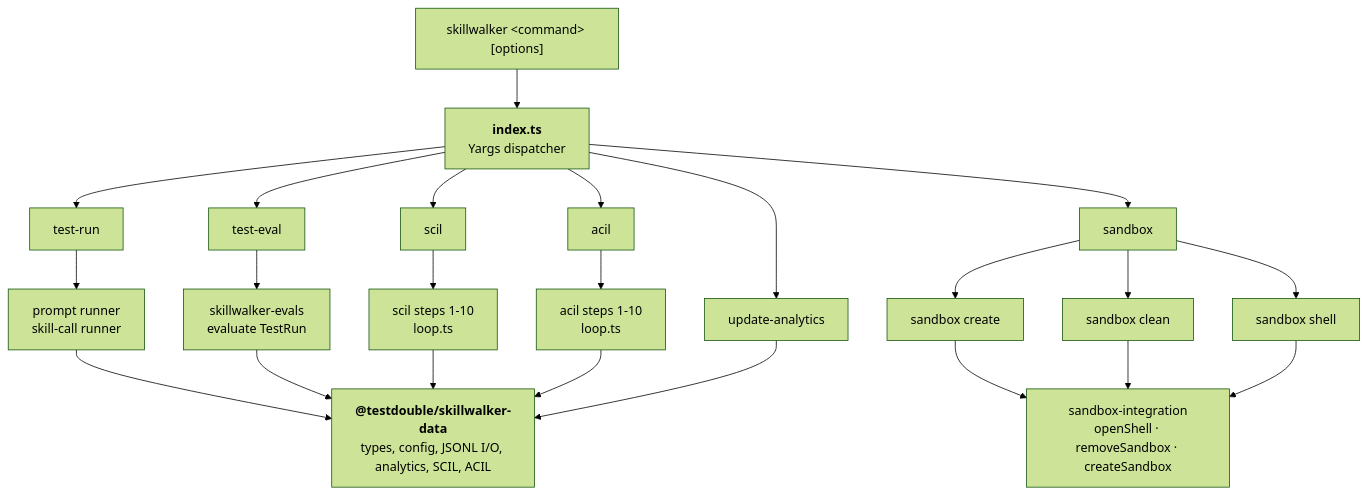
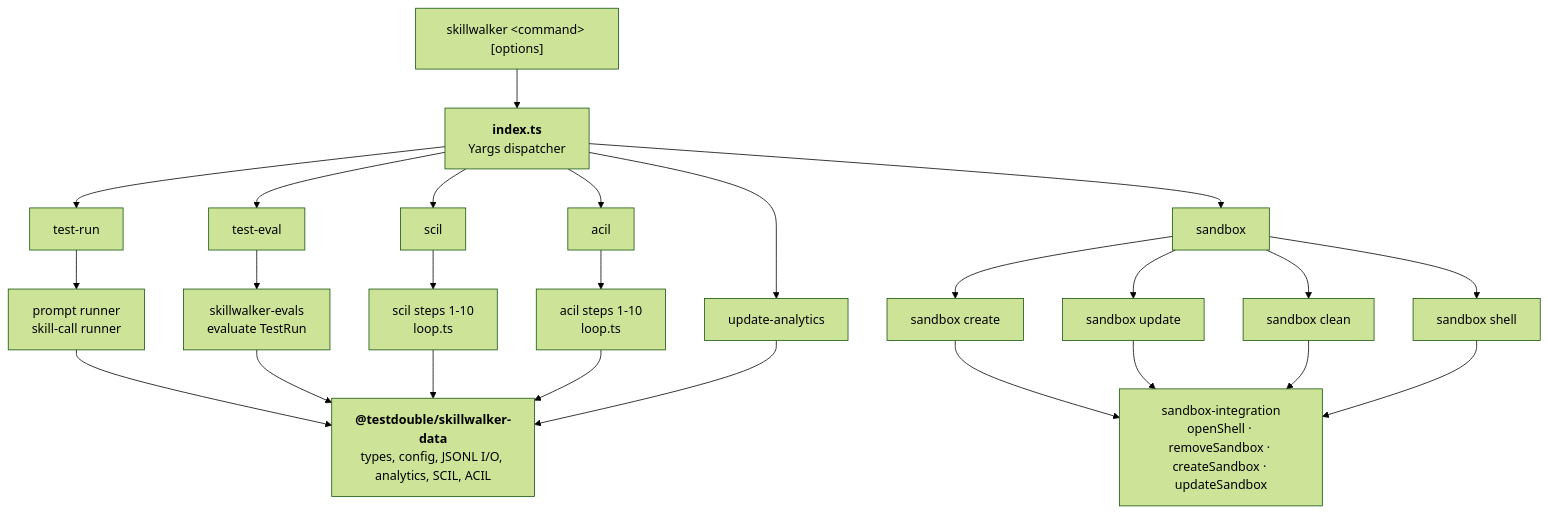
The diagram in docs/cli.md (testdouble/skills-test-harness), drawn with Mermaid (forest theme) before and after one commit. The commit also changed other lines of this file and 4 other files, not shown here.

Commit message:
docs: document sandbox create and sandbox update

````diff
--- a/docs/cli.md
+++ b/docs/cli.md
@@ -30,34 +30,36 @@
 ```mermaid
 flowchart TB
     invoke["skillwalker &lt;command&gt; [options]"]
     dispatch["<b>index.ts</b><br>Yargs dispatcher"]
 
     testrun["test-run"]
     testeval["test-eval"]
     scil["scil"]
     acil["acil"]
     analytics["update-analytics"]
     sandbox["sandbox"]
     create["sandbox create"]
+    update["sandbox update"]
     clean["sandbox clean"]
     shell["sandbox shell"]
 
     prompt["prompt runner<br>skill-call runner"]
     evals["skillwalker-evals<br>evaluate TestRun"]
     scilsteps["scil steps 1-10<br>loop.ts"]
     acilsteps["acil steps 1-10<br>loop.ts"]
-    si["sandbox-integration<br>openShell · removeSandbox · createSandbox"]
+    si["sandbox-integration<br>openShell · removeSandbox · createSandbox · updateSandbox"]
 
     data["<b>@testdouble/skillwalker-data</b><br>types, config, JSONL I/O, analytics, SCIL, ACIL"]
 
     invoke --> dispatch
     dispatch --> testrun --> prompt --> data
     dispatch --> testeval --> evals --> data
     dispatch --> scil --> scilsteps --> data
     dispatch --> acil --> acilsteps --> data
     dispatch --> analytics --> data
     dispatch --> sandbox
     sandbox --> create --> si
+    sandbox --> update --> si
     sandbox --> clean --> si
     sandbox --> shell --> si
 ```
````
